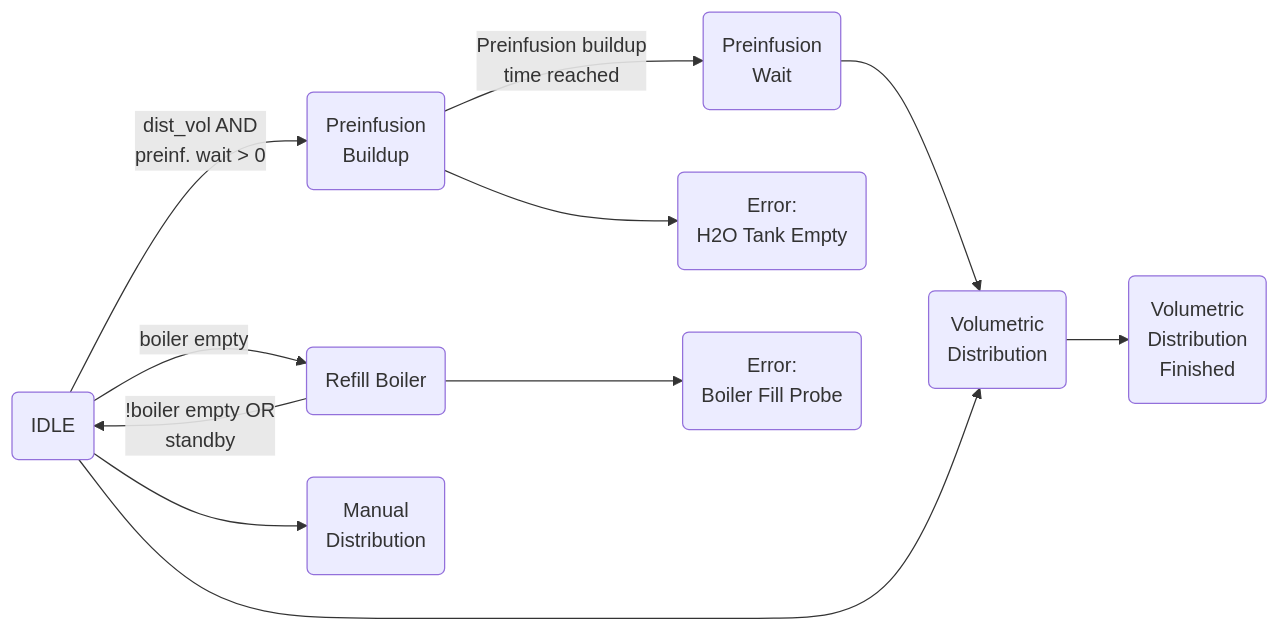
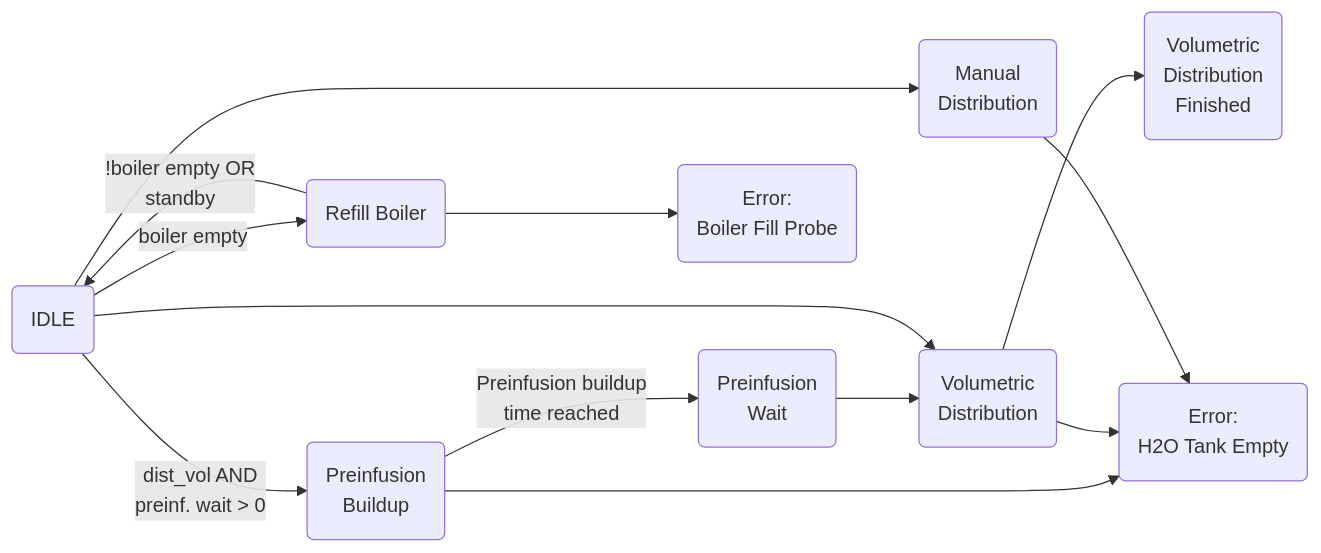
Before and after one commit to ggramlich26/BZ10_upgrade: the first of 4 diagrams in README.md, drawn with Mermaid. The commit also changed other lines of this file, not shown here.

Commit message:
README.md updated from https://stackedit.io/

````diff
--- a/README.md
+++ b/README.md
@@ -18,24 +18,26 @@
 ```mermaid
 graph LR
 idle(IDLE)
 refill_boiler(Refill Boiler)
 preinfusion_buildup(Preinfusion <br> Buildup)
 preinfusion_wait(Preinfusion <br> Wait)
 vol_dist(Volumetric <br> Distribution)
 man_dist(Manual <br> Distribution)
 vol_dist_finished(Volumetric <br> Distribution <br> Finished)
 error_tank("Error: <br> H2O Tank Empty")
 error_boiler("Error: <br> Boiler Fill Probe")
 
 idle--"boiler empty"-->refill_boiler
 refill_boiler--"!boiler empty OR <br> standby"-->idle
 idle--"dist_vol AND <br>preinf. wait > 0"-->preinfusion_buildup
 preinfusion_buildup--"Preinfusion buildup <br> time reached"-->preinfusion_wait
 preinfusion_wait-->vol_dist
 idle-->vol_dist
 idle-->man_dist
 vol_dist-->vol_dist_finished
 refill_boiler-->error_boiler
 preinfusion_buildup-->error_tank
+vol_dist-->error_tank
+man_dist-->error_tank
 
 ```
````
